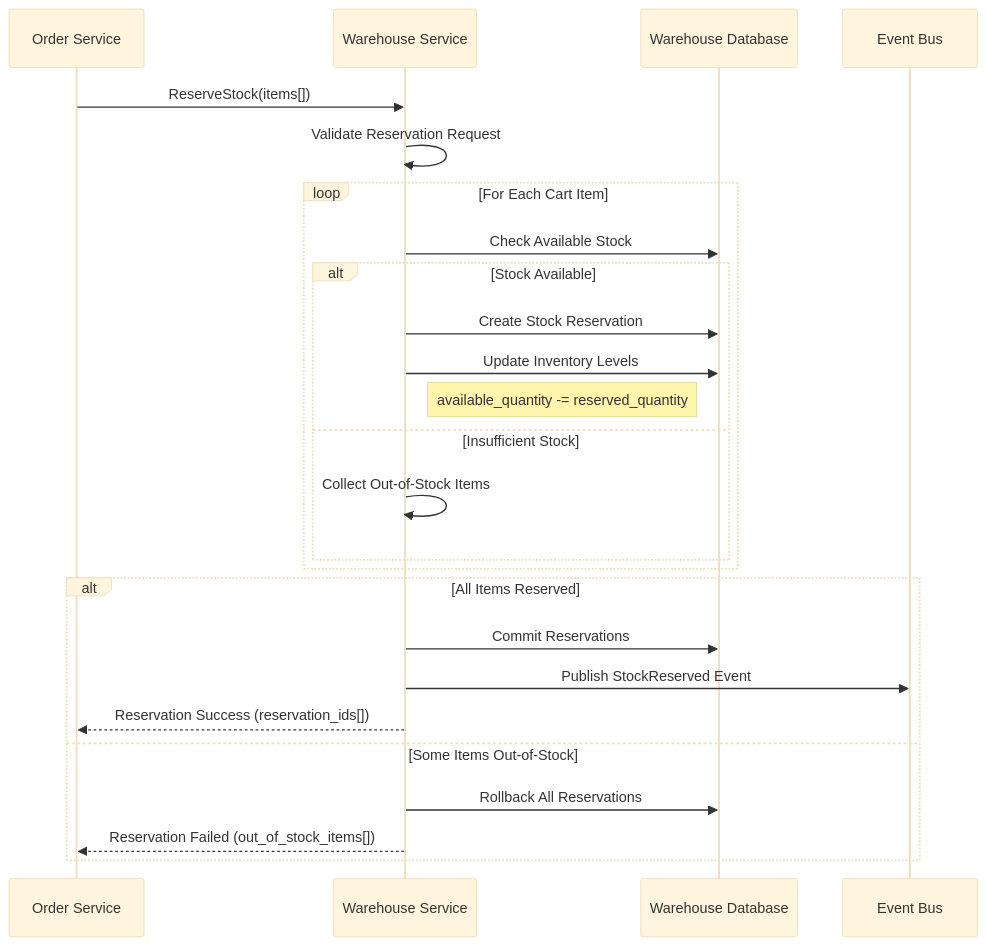
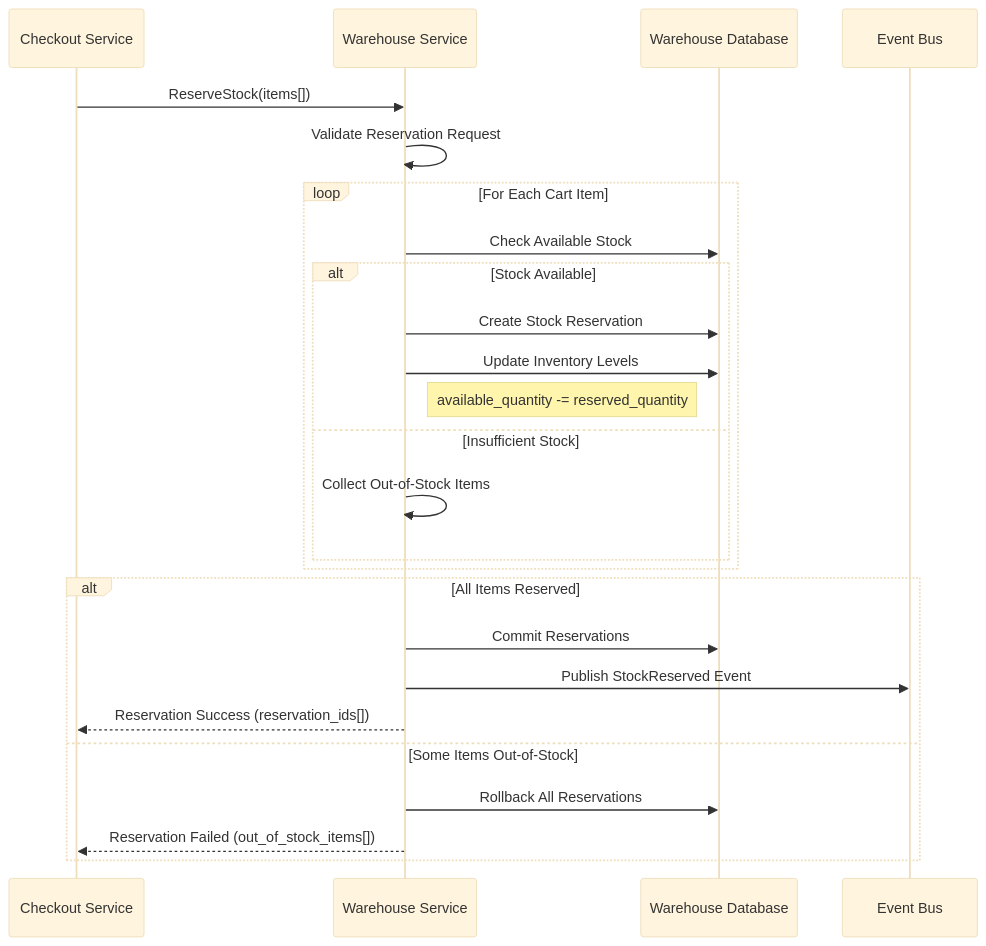
The fifth of 9 diagrams in 02-business-domains/commerce/order-management.md (vesviet/Composable-Commerce-Service-Architecture), drawn with Mermaid (base theme) before and after one commit. The commit also changed other lines of this file and 5 other files, not shown here.

````diff
--- a/02-business-domains/commerce/order-management.md
+++ b/02-business-domains/commerce/order-management.md
@@ -168,30 +286,30 @@
 ```mermaid
 sequenceDiagram
-    participant O as Order Service
+    participant CS as Checkout Service
     participant W as Warehouse Service
     participant WDB as Warehouse Database
     participant E as Event Bus
     
-    O->>W: ReserveStock(items[])
+    CS->>W: ReserveStock(items[])
     W->>W: Validate Reservation Request
     
     loop For Each Cart Item
         W->>WDB: Check Available Stock
         alt Stock Available
             W->>WDB: Create Stock Reservation
             W->>WDB: Update Inventory Levels
             note right of W: available_quantity -= reserved_quantity
         else Insufficient Stock
             W->>W: Collect Out-of-Stock Items
         end
     end
     
     alt All Items Reserved
         W->>WDB: Commit Reservations
         W->>E: Publish StockReserved Event
-        W-->>O: Reservation Success (reservation_ids[])
+        W-->>CS: Reservation Success (reservation_ids[])
     else Some Items Out-of-Stock
         W->>WDB: Rollback All Reservations
-        W-->>O: Reservation Failed (out_of_stock_items[])
+        W-->>CS: Reservation Failed (out_of_stock_items[])
     end
 ```
````
